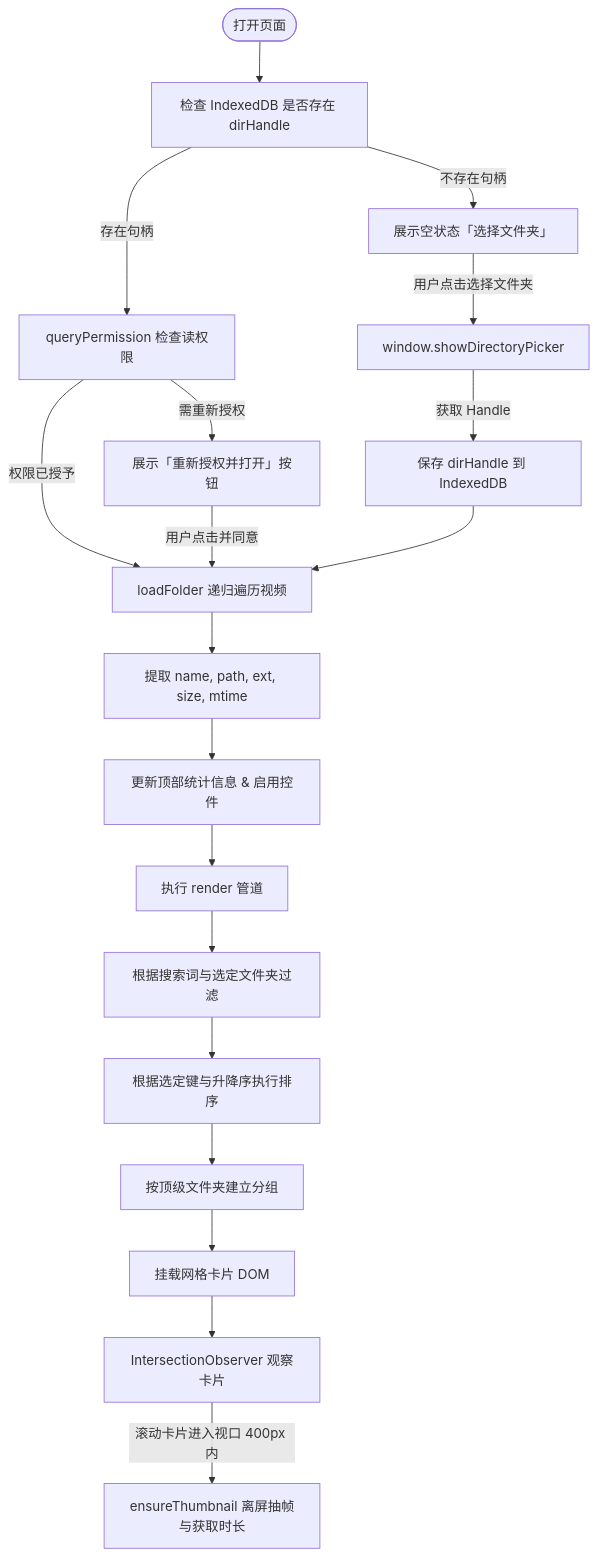
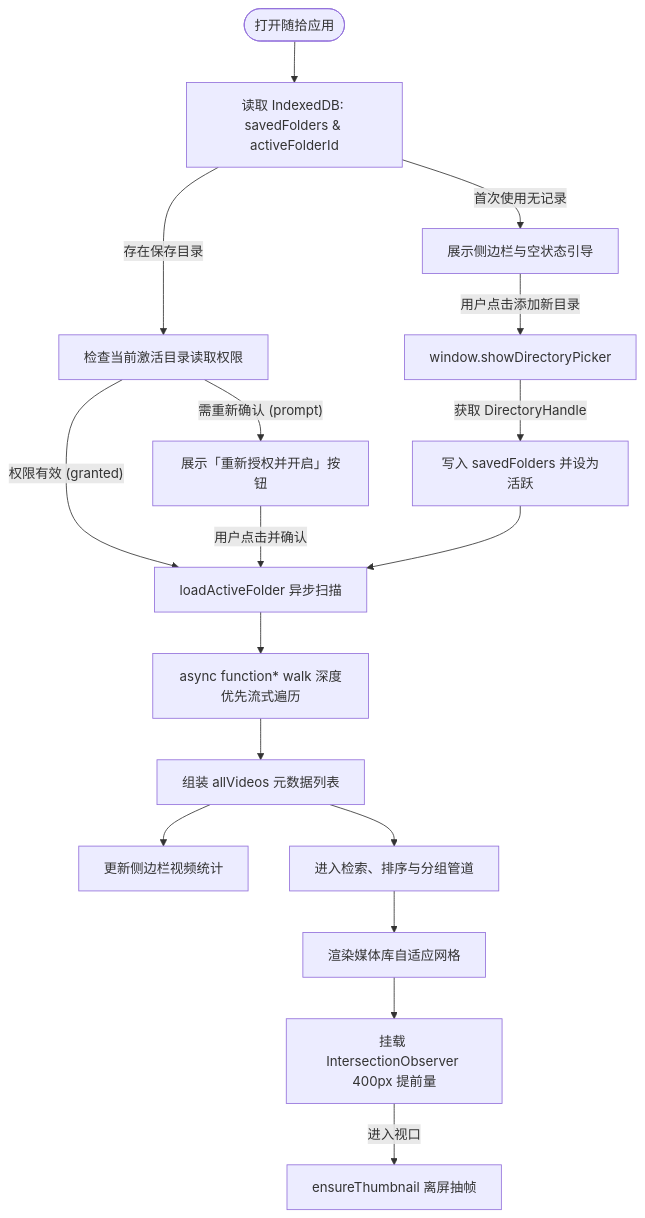
One commit to Havadking/suishi changed the diagram in README.md. Above: the diagram before and after it, drawn with Mermaid. The commit also changed other lines of this file and 1 other file, not shown here.

Commit message:
feat(ui): rename to SuiShi, add collapsible sidebar with multi-directory persistence and cozy warm theme

````diff
--- a/README.md
+++ b/README.md
@@ -201,24 +166,23 @@
 ```mermaid
 flowchart TD
-    Start([打开页面]) --> CheckIDB[检查 IndexedDB 是否存在 dirHandle]
-    CheckIDB -- 存在句柄 --> CheckPerm[queryPermission 检查读权限]
-    CheckPerm -- 权限已授予 --> Scan[loadFolder 递归遍历视频]
-    CheckPerm -- 需重新授权 --> ShowReauth[展示「重新授权并打开」按钮]
-    ShowReauth -- 用户点击并同意 --> Scan
-    CheckIDB -- 不存在句柄 --> Empty[展示空状态「选择文件夹」]
+    Start([打开随拾应用]) --> ReadIDB[读取 IndexedDB: savedFolders & activeFolderId]
+    ReadIDB -- 存在保存目录 --> QueryPerm[检查当前激活目录读取权限]
+    ReadIDB -- 首次使用无记录 --> ShowEmpty[展示侧边栏与空状态引导]
     
-    Empty -- 用户点击选择文件夹 --> ShowPicker[window.showDirectoryPicker]
-    ShowPicker -- 获取 Handle --> SaveIDB[保存 dirHandle 到 IndexedDB]
-    SaveIDB --> Scan
+    QueryPerm -- 权限有效 (granted) --> LoadFolder[loadActiveFolder 异步扫描]
+    QueryPerm -- 需重新确认 (prompt) --> ShowReauth[展示「重新授权并开启」按钮]
+    ShowReauth -- 用户点击并确认 --> LoadFolder
     
-    Scan --> CollectVideos[提取 name, path, ext, size, mtime]
-    CollectVideos --> UpdateStats[更新顶部统计信息 & 启用控件]
-    UpdateStats --> Render[执行 render 管道]
+    ShowEmpty -- 用户点击添加新目录 --> PickDir[window.showDirectoryPicker]
+    PickDir -- 获取 DirectoryHandle --> SaveFolder[写入 savedFolders 并设为活跃]
+    SaveFolder --> LoadFolder
     
-    Render --> FilterSearch[根据搜索词与选定文件夹过滤]
-    FilterSearch --> SortItems[根据选定键与升降序执行排序]
-    SortItems --> GroupItems[按顶级文件夹建立分组]
-    GroupItems --> MountDOM[挂载网格卡片 DOM]
-    MountDOM --> IOObserve[IntersectionObserver 观察卡片]
-    IOObserve -- 滚动卡片进入视口 400px 内 --> GenThumb[ensureThumbnail 离屏抽帧与获取时长]
+    LoadFolder --> AsyncWalk[async function* walk 深度优先流式遍历]
+    AsyncWalk --> BuildList[组装 allVideos 元数据列表]
+    BuildList --> RenderSidebar[更新侧边栏视频统计]
+    BuildList --> Pipe[进入检索、排序与分组管道]
+    
+    Pipe --> RenderGrid[渲染媒体库自适应网格]
+    RenderGrid --> MountIO[挂载 IntersectionObserver 400px 提前量]
+    MountIO -- 进入视口 --> ThumbGen[ensureThumbnail 离屏抽帧]
 ```
````
